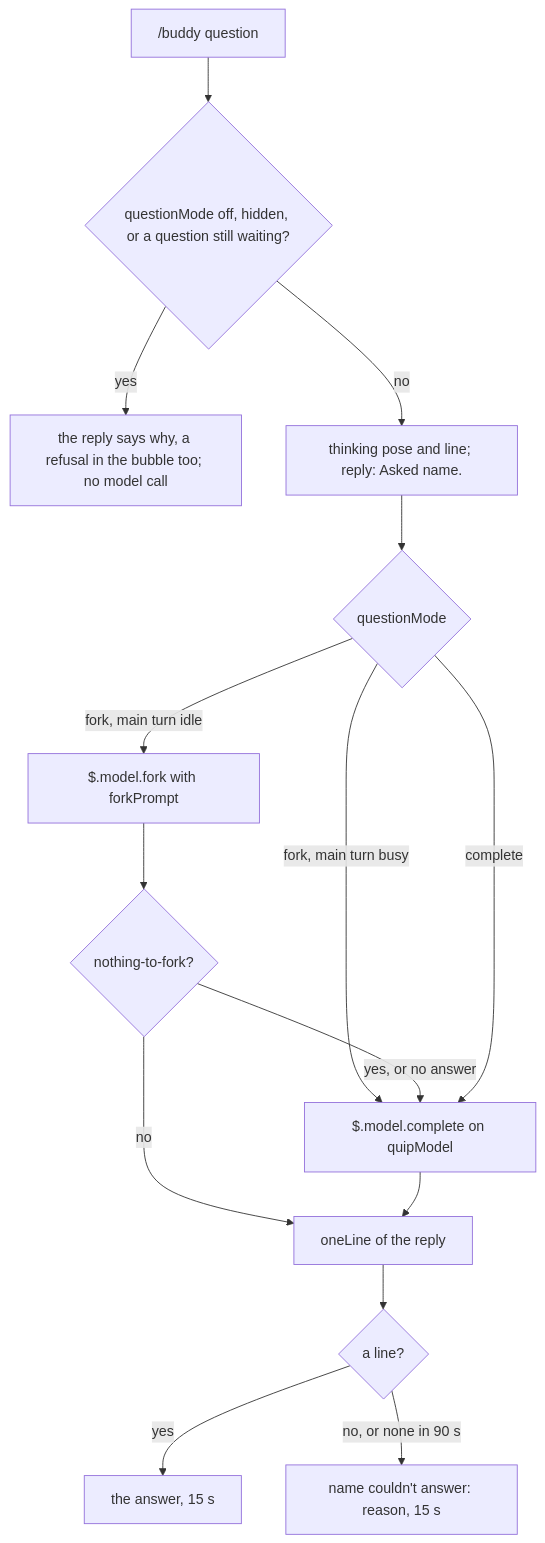
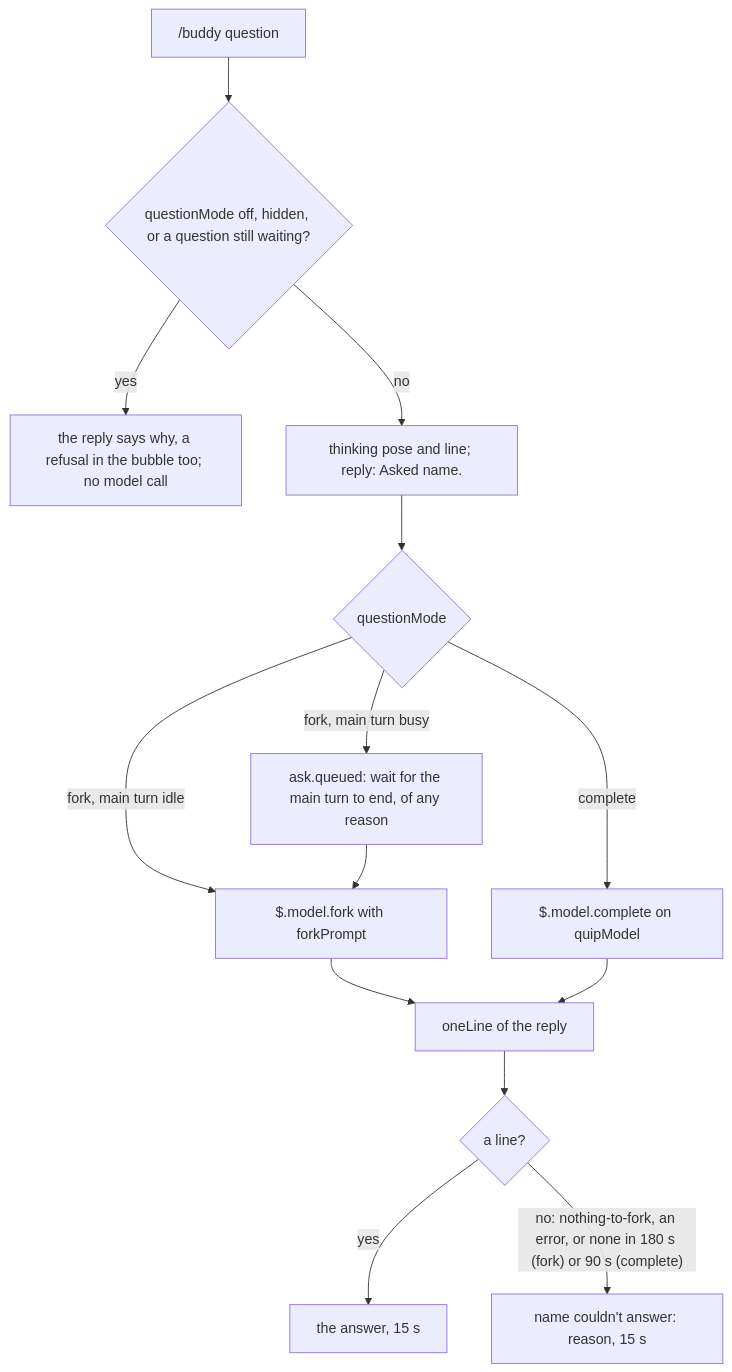
One commit to rezzminator/buddy changed the diagram in docs/design/voice.md. Above: the diagram before and after it, drawn with Mermaid. The commit also changed other lines of this file and 12 other files, not shown here.

First line of the commit message:
feat(questions): fork mode always forks the main chat, no quipModel fallback

````diff
--- a/docs/design/voice.md
+++ b/docs/design/voice.md
@@ -14,17 +14,16 @@
 ```mermaid
 flowchart TD
   Q["/buddy question"] --> Off{"questionMode off, hidden, or a question still waiting?"}
   Off -->|yes| Say["the reply says why, a refusal in the bubble too; no model call"]
   Off -->|no| T["thinking pose and line; reply: Asked name."]
   T --> Mode{"questionMode"}
   Mode -->|fork, main turn idle| F["$.model.fork with forkPrompt"]
-  Mode -->|fork, main turn busy| C
-  F --> N{"nothing-to-fork?"}
-  N -->|yes, or no answer| C["$.model.complete on quipModel"]
-  N -->|no| L["oneLine of the reply"]
-  Mode -->|complete| C
+  Mode -->|fork, main turn busy| W["ask.queued: wait for the main turn to end, of any reason"]
+  W --> F
+  F --> L["oneLine of the reply"]
+  Mode -->|complete| C["$.model.complete on quipModel"]
   C --> L
   L --> A{"a line?"}
   A -->|yes| Ans["the answer, 15 s"]
-  A -->|"no, or none in 90 s"| Lost["name couldn't answer: reason, 15 s"]
+  A -->|"no: nothing-to-fork, an error, or none in 180 s (fork) or 90 s (complete)"| Lost["name couldn't answer: reason, 15 s"]
 ```
````
